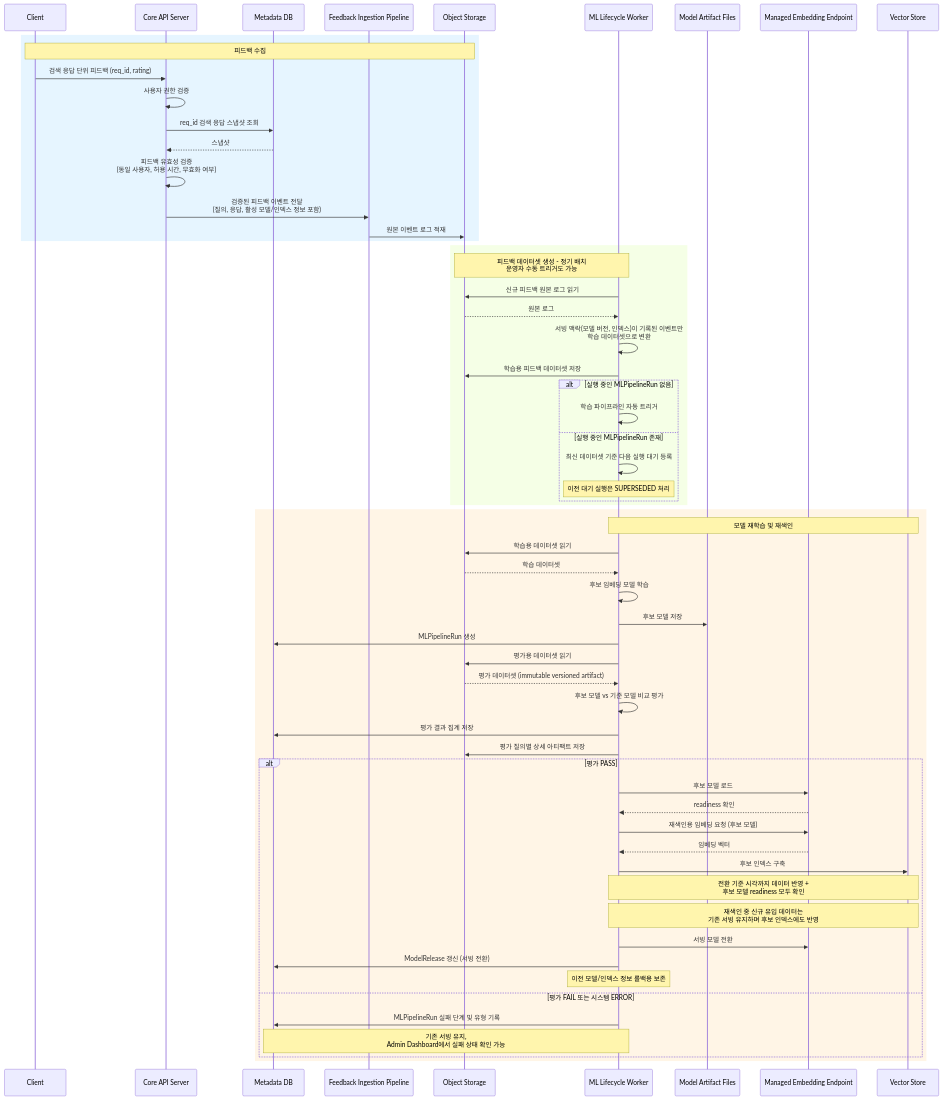
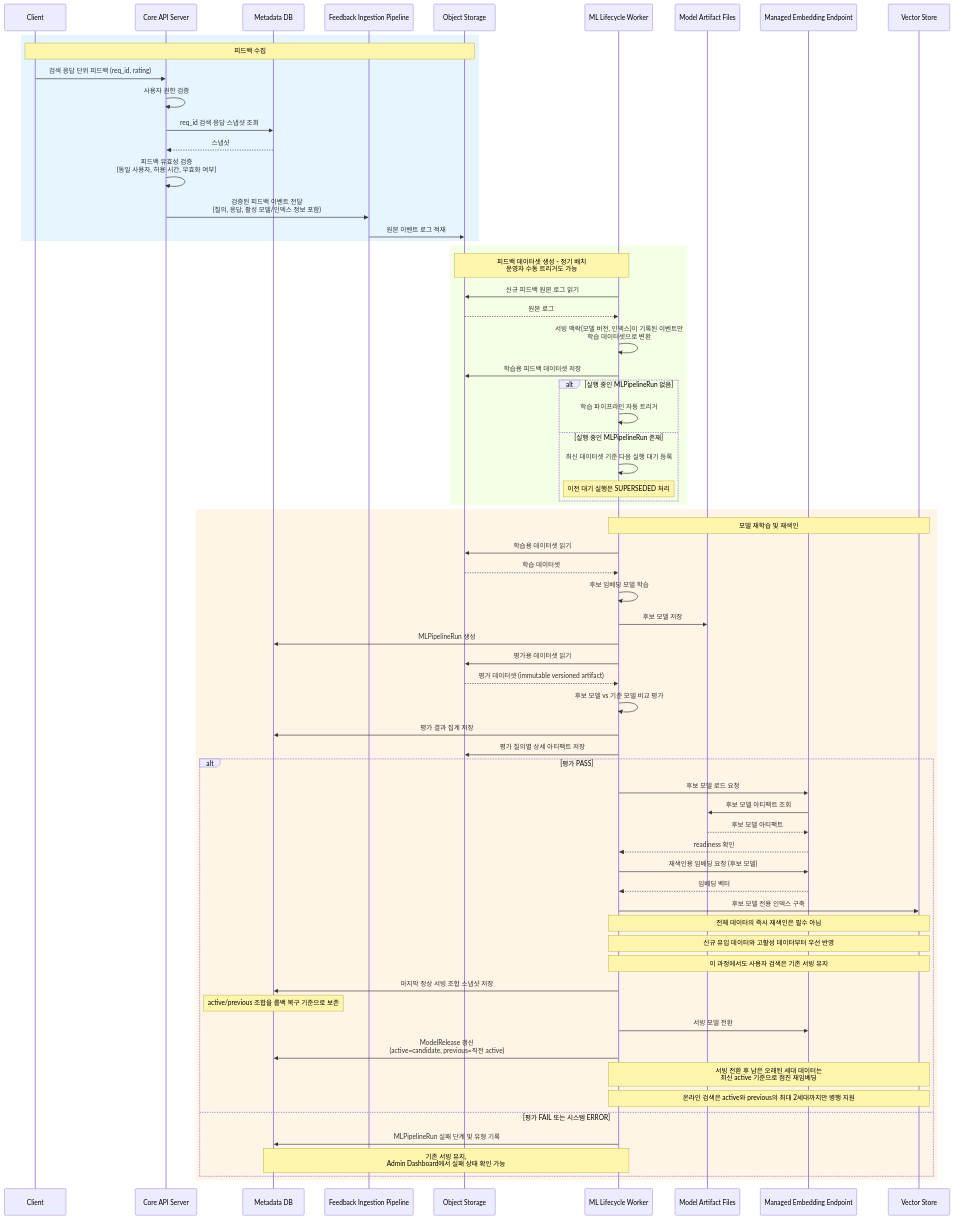
The fourth of 6 diagrams in docs/Diagram/sequence_diagram/SD_Mermaid.md (f-lab-edu/Biblio), drawn with Mermaid before and after one commit. The commit also changed other lines of this file and 15 other files, not shown here.

Commit message:
docs: system desgin, diagram 브랜치 변경사항 반영

````diff
--- a/docs/Diagram/sequence_diagram/SD_Mermaid.md
+++ b/docs/Diagram/sequence_diagram/SD_Mermaid.md
@@ -148,76 +148,84 @@
 ```mermaid
+
 sequenceDiagram
     participant Client
     participant CoreAPI as Core API Server
     participant MetaDB as Metadata DB
     participant FIP as Feedback Ingestion Pipeline
     participant ObjStore as Object Storage
     participant MLWorker as ML Lifecycle Worker
     participant ModelFiles as Model Artifact Files
     participant MEE as Managed Embedding Endpoint
     participant VS as Vector Store
 
     %% === 피드백 수집 (2.6) ===
     rect rgb(230, 245, 255)
-    Note over Client, ObjStore: 피드백 수집 
+    Note over Client, ObjStore: 피드백 수집
     Client ->> CoreAPI: 검색 응답 단위 피드백 (req_id, rating)
     CoreAPI ->> CoreAPI: 사용자 권한 검증
     CoreAPI ->> MetaDB: req_id 검색 응답 스냅샷 조회
     MetaDB -->> CoreAPI: 스냅샷
     CoreAPI ->> CoreAPI: 피드백 유효성 검증<br/>(동일 사용자, 허용 시간, 무효화 여부)
     CoreAPI ->> FIP: 검증된 피드백 이벤트 전달<br/>(질의, 응답, 활성 모델/인덱스 정보 포함)
     FIP ->> ObjStore: 원본 이벤트 로그 적재
     end
 
     %% === 데이터셋 전처리 (2.7) ===
     rect rgb(245, 255, 230)
     Note over MLWorker, ObjStore: 피드백 데이터셋 생성 - 정기 배치 <br/>운영자 수동 트리거도 가능
     MLWorker ->> ObjStore: 신규 피드백 원본 로그 읽기
     ObjStore -->> MLWorker: 원본 로그
-    MLWorker ->> MLWorker:  서빙 맥락(모델 버전, 인덱스)이 기록된 이벤트만<br/>학습 데이터셋으로 변환
+    MLWorker ->> MLWorker: 서빙 맥락(모델 버전, 인덱스)이 기록된 이벤트만<br/>학습 데이터셋으로 변환
     MLWorker ->> ObjStore: 학습용 피드백 데이터셋 저장
 
     alt 실행 중인 MLPipelineRun 없음
         MLWorker ->> MLWorker: 학습 파이프라인 자동 트리거
     else 실행 중인 MLPipelineRun 존재
         MLWorker ->> MLWorker: 최신 데이터셋 기준 다음 실행 대기 등록
         Note over MLWorker: 이전 대기 실행은 SUPERSEDED 처리
     end
     end
 
-    %% === 모델 재학습 및 재색인  ===
+    %% === 모델 재학습 및 재색인 (2.8) ===
     rect rgb(255, 245, 230)
-    Note over MLWorker, VS: 모델 재학습 및 재색인 
+    Note over MLWorker, VS: 모델 재학습 및 재색인
 
     %% 학습
     MLWorker ->> ObjStore: 학습용 데이터셋 읽기
     ObjStore -->> MLWorker: 학습 데이터셋
     MLWorker ->> MLWorker: 후보 임베딩 모델 학습
     MLWorker ->> ModelFiles: 후보 모델 저장
     MLWorker ->> MetaDB: MLPipelineRun 생성
 
     %% 평가
     MLWorker ->> ObjStore: 평가용 데이터셋 읽기
     ObjStore -->> MLWorker: 평가 데이터셋 (immutable versioned artifact)
     MLWorker ->> MLWorker: 후보 모델 vs 기준 모델 비교 평가
     MLWorker ->> MetaDB: 평가 결과 집계 저장
     MLWorker ->> ObjStore: 평가 질의별 상세 아티팩트 저장
 
     alt 평가 PASS
-        MLWorker ->> MEE: 후보 모델 로드
+        MLWorker ->> MEE: 후보 모델 로드 요청
+        MEE ->> ModelFiles: 후보 모델 아티팩트 조회
+        ModelFiles -->> MEE: 후보 모델 아티팩트
         MEE -->> MLWorker: readiness 확인
         MLWorker ->> MEE: 재색인용 임베딩 요청 (후보 모델)
         MEE -->> MLWorker: 임베딩 벡터
-        MLWorker ->> VS: 후보 인덱스 구축
-        Note over MLWorker, VS: 전환 기준 시각까지 데이터 반영 +<br/>후보 모델 readiness 모두 확인
-        Note over MLWorker, VS: 재색인 중 신규 유입 데이터는<br/>기존 서빙 유지하며 후보 인덱스에도 반영
+        MLWorker ->> VS: 후보 모델 전용 인덱스 구축
+        Note over MLWorker, VS: 전체 데이터의 즉시 재색인은 필수 아님
+        Note over MLWorker, VS: 신규 유입 데이터와 고활성 데이터부터 우선 반영
+        Note over MLWorker, VS: 이 과정에서도 사용자 검색은 기존 서빙 유지
+        MLWorker ->> MetaDB: 마지막 정상 서빙 조합 스냅샷 저장
+        Note over MetaDB: active/previous 조합을 롤백 복구 기준으로 보존
         MLWorker ->> MEE: 서빙 모델 전환
-        MLWorker ->> MetaDB: ModelRelease 갱신 (서빙 전환)
-        Note over MLWorker: 이전 모델/인덱스 정보 롤백용 보존
+        MLWorker ->> MetaDB: ModelRelease 갱신<br/>(active=candidate, previous=직전 active)
+        Note over MLWorker, VS: 서빙 전환 후 남은 오래된 세대 데이터는<br/>최신 active 기준으로 점진 재임베딩
+        Note over MLWorker, VS: 온라인 검색은 active와 previous의 최대 2세대까지만 병행 지원
     else 평가 FAIL 또는 시스템 ERROR
         MLWorker ->> MetaDB: MLPipelineRun 실패 단계 및 유형 기록
         Note over MLWorker, MetaDB: 기존 서빙 유지,<br/>Admin Dashboard에서 실패 상태 확인 가능
     end
     end
 
+
 ```
````
